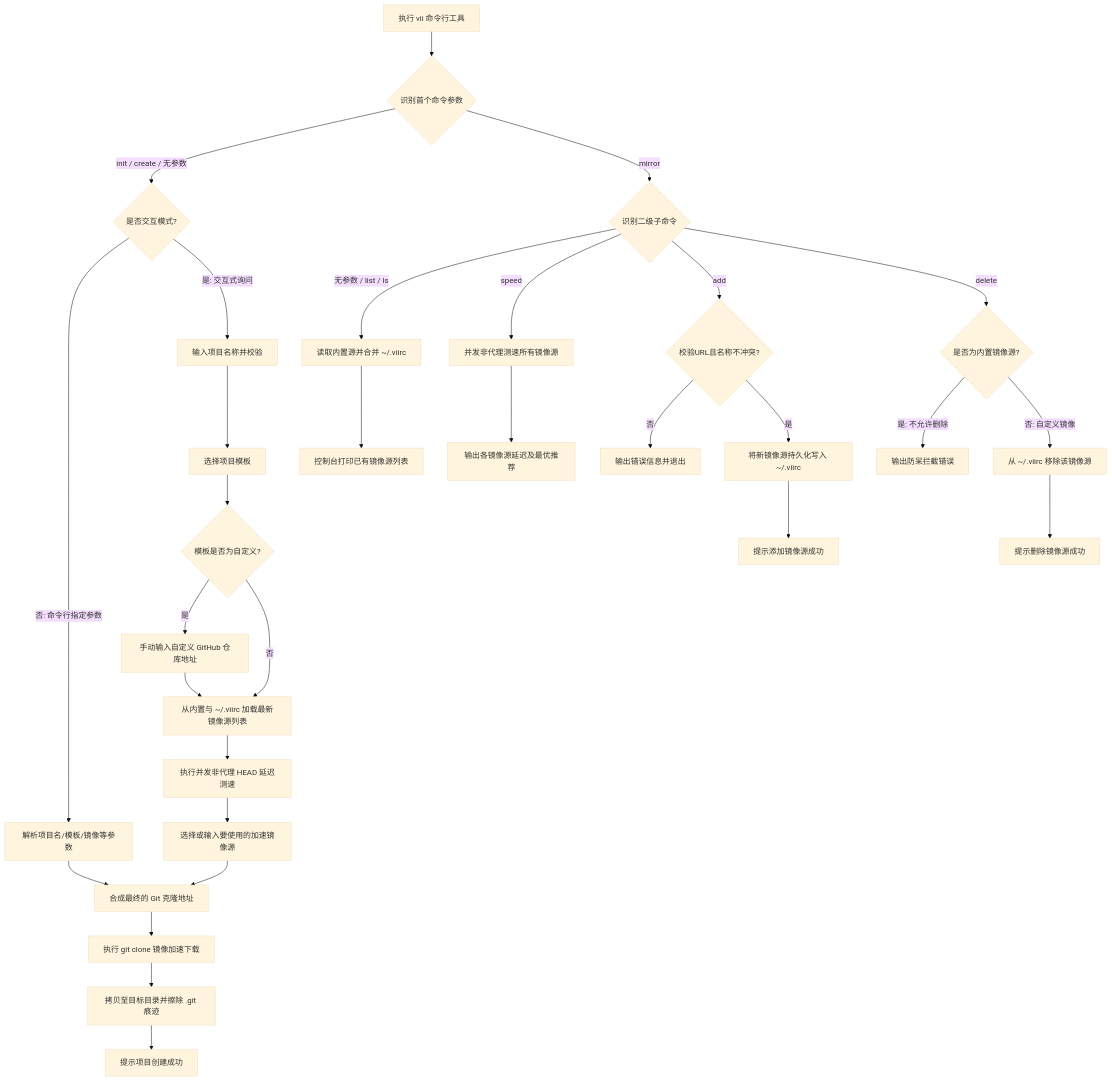
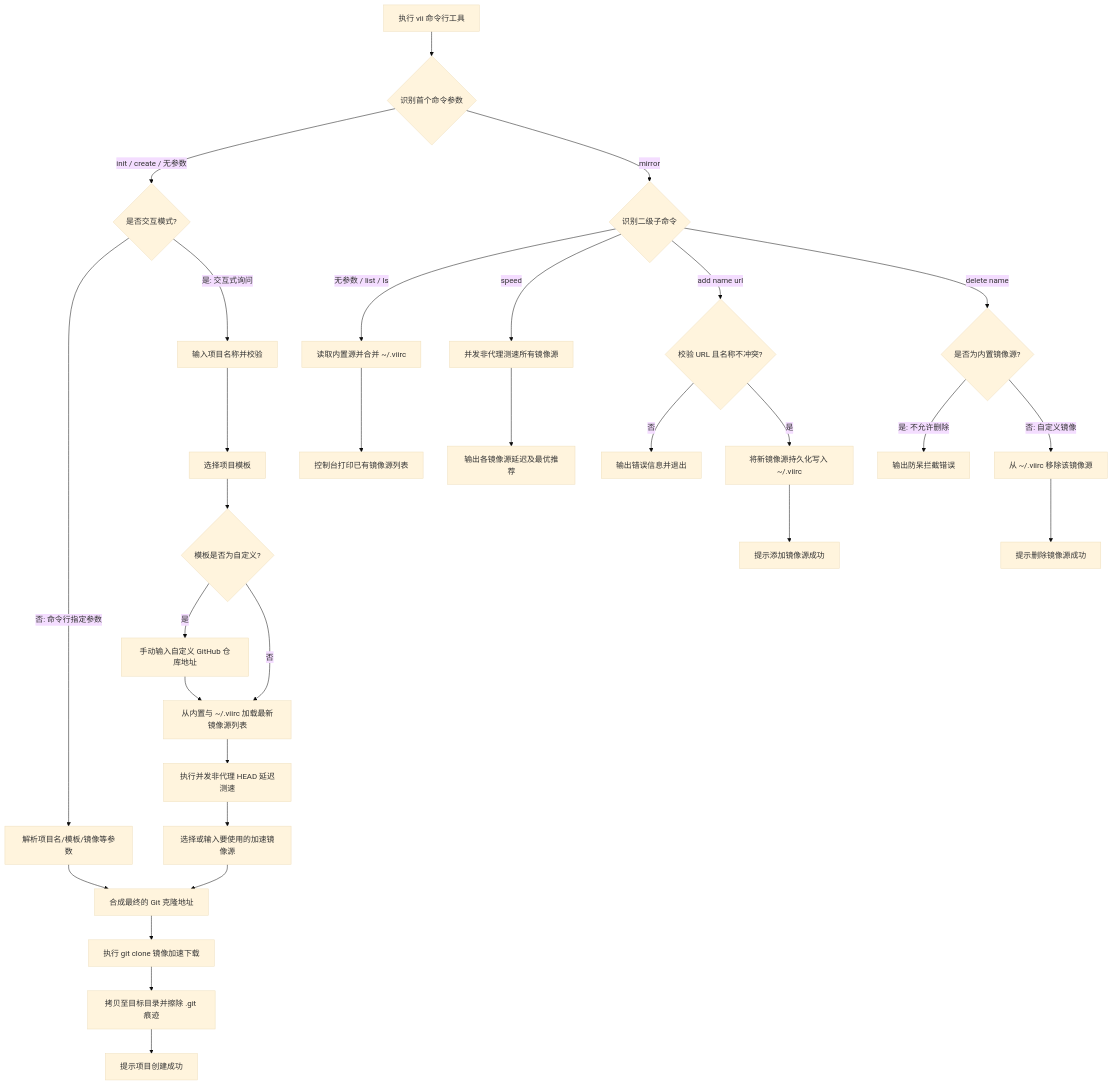
One commit to pure-hearts/vii changed the diagram in packages/cli/README.md. Above: the diagram before and after it, drawn with Mermaid (base theme).

Commit message:
docs: fix Mermaid syntax in packages/cli/README.md

````diff
--- a/packages/cli/README.md
+++ b/packages/cli/README.md
@@ -41,32 +41,39 @@
 ```mermaid
 graph TD
-    Start[执行 vii 命令行工具] --> Command{识别首个命令参数}
+    Start["执行 vii 命令行工具"] --> Command{"识别首个命令参数"}
 
     %% 初始化与创建流程
-    Command -- "init / create / 无参数" --> B{是否交互模式?}
-    B -- 否: 命令行指定参数 --> C[解析项目名/模板/镜像等参数]
-    B -- 是: 交互式询问 --> D[输入项目名称并校验]
-    D --> E[选择项目模板]
-    E --> E1{模板是否为自定义?}
-    E1 -- 是 --> E2[手动输入自定义 GitHub 仓库地址]
-    E1 -- 否 --> F[从内置与 ~/.viirc 加载最新镜像源列表]
+    Command -- "init / create / 无参数" --> B{"是否交互模式?"}
+    B -- "否: 命令行指定参数" --> C["解析项目名/模板/镜像等参数"]
+    B -- "是: 交互式询问" --> D["输入项目名称并校验"]
+    D --> E["选择项目模板"]
+    E --> E1{"模板是否为自定义?"}
+    E1 -- "是" --> E2["手动输入自定义 GitHub 仓库地址"]
+    E1 -- "否" --> F["从内置与 ~/.viirc 加载最新镜像源列表"]
     E2 --> F
-    F --> F1[执行并发非代理 HEAD 延迟测速]
-    F1 --> G[选择或输入要使用的加速镜像源]
-    G --> H[合成最终的 Git 克隆地址]
+    F --> F1["执行并发非代理 HEAD 延迟测速"]
+    F1 --> G["选择或输入要使用的加速镜像源"]
+    G --> H["合成最终的 Git 克隆地址"]
     C --> H
-    H --> I[执行 git clone 镜像加速下载]
-    I --> J[拷贝至目标目录并擦除 .git 痕迹]
-    J --> EndInit[提示项目创建成功]
+    H --> I["执行 git clone 镜像加速下载"]
+    I --> J["拷贝至目标目录并擦除 .git 痕迹"]
+    J --> EndInit["提示项目创建成功"]
 
     %% 镜像源管理器流程
-    Command -- "mirror" --> MirrorSub{识别二级子命令}
-    MirrorSub -- "无参数 / list / ls" --> ReadConfig[读取内置源并合并 ~/.viirc] --> PrintMirrors[控制台打印已有镜像源列表]
-    MirrorSub -- "speed" --> PingMirrors[并发非代理测速所有镜像源] --> PrintSpeed[输出各镜像源延迟及最优推荐]
-    MirrorSub -- "add <name> <url>" --> ValidAdd{校验URL且名称不冲突?}
-    ValidAdd -- 否 --> ErrAdd[输出错误信息并退出]
-    ValidAdd -- 是 --> WriteConfig[将新镜像源持久化写入 ~/.viirc] --> DoneAdd[提示添加镜像源成功]
-    MirrorSub -- "delete <name>" --> ValidDel{是否为内置镜像源?}
-    ValidDel -- 是: 不允许删除 --> ErrDel[输出防呆拦截错误]
-    ValidDel -- 否: 自定义镜像 --> RemoveConfig[从 ~/.viirc 移除该镜像源] --> DoneDel[提示删除镜像源成功]
+    Command -- "mirror" --> MirrorSub{"识别二级子命令"}
+    MirrorSub -- "无参数 / list / ls" --> ReadConfig["读取内置源并合并 ~/.viirc"]
+    ReadConfig --> PrintMirrors["控制台打印已有镜像源列表"]
+
+    MirrorSub -- "speed" --> PingMirrors["并发非代理测速所有镜像源"]
+    PingMirrors --> PrintSpeed["输出各镜像源延迟及最优推荐"]
+
+    MirrorSub -- "add name url" --> ValidAdd{"校验 URL 且名称不冲突?"}
+    ValidAdd -- "否" --> ErrAdd["输出错误信息并退出"]
+    ValidAdd -- "是" --> WriteConfig["将新镜像源持久化写入 ~/.viirc"]
+    WriteConfig --> DoneAdd["提示添加镜像源成功"]
+
+    MirrorSub -- "delete name" --> ValidDel{"是否为内置镜像源?"}
+    ValidDel -- "是: 不允许删除" --> ErrDel["输出防呆拦截错误"]
+    ValidDel -- "否: 自定义镜像" --> RemoveConfig["从 ~/.viirc 移除该镜像源"]
+    RemoveConfig --> DoneDel["提示删除镜像源成功"]
 ```
````
